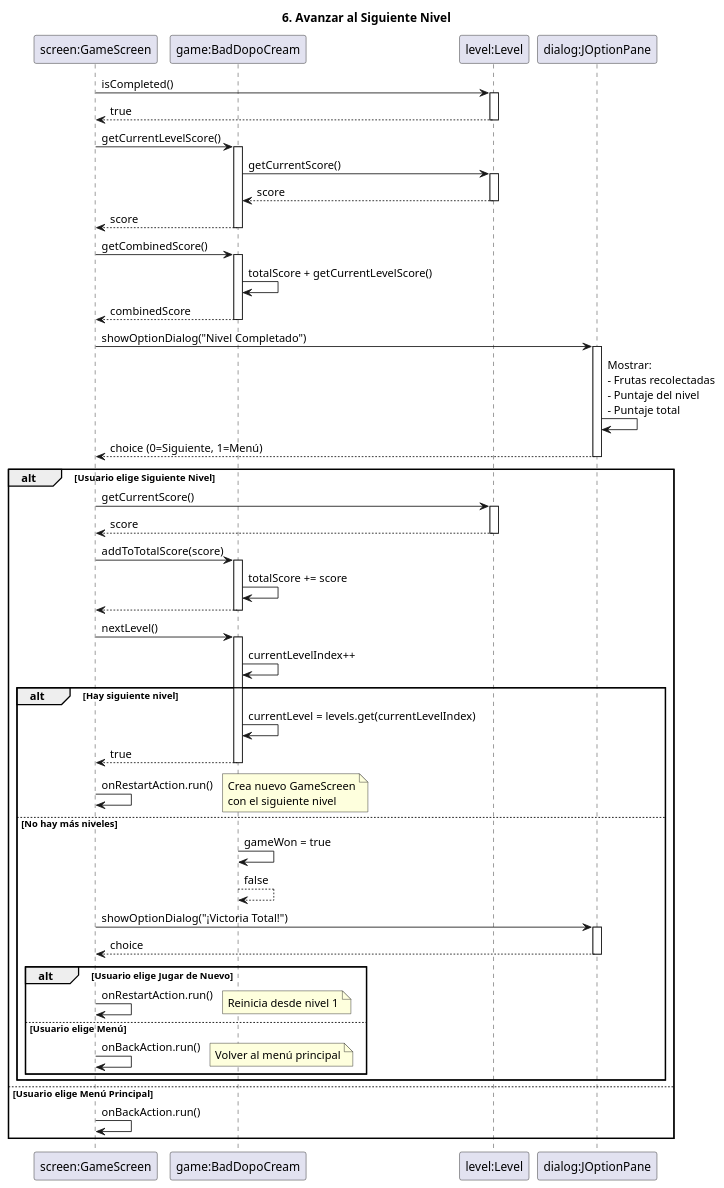
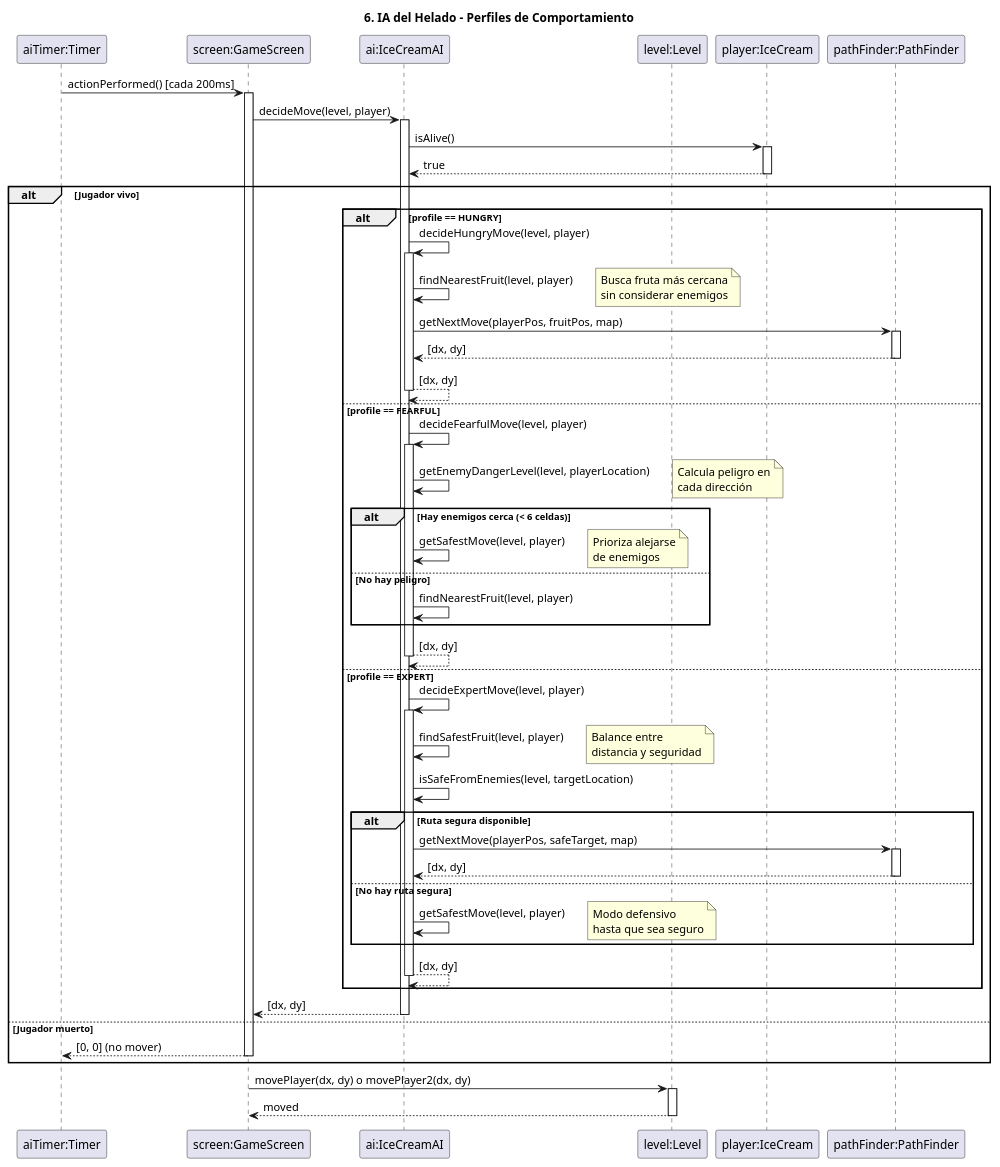
The seventh of 11 diagrams in docs/sequence-diagrams.puml (AnotherCreatorAnonymous/BadDopocream), drawn with PlantUML before and after one commit. The commit also changed other lines of this file and 146 other files, not shown here.

Commit message:
Proyecto Bad Dopo Cream completo - 4 modos de juego, IA de enemigos y jugadores, sistema de puntajes y highscores, 95 tests JUnit, diagramas PlantUML actualizados

```diff
--- a/docs/sequence-diagrams.puml
+++ b/docs/sequence-diagrams.puml
@@ -463,77 +604,86 @@
-@startuml 06_Avanzar_Siguiente_Nivel
+@startuml 06_IA_Helado
 
-title 6. Avanzar al Siguiente Nivel
+title 6. IA del Helado - Perfiles de Comportamiento
 
+participant "aiTimer:Timer" as Timer
 participant "screen:GameScreen" as Screen
-participant "game:BadDopoCream" as Game
+participant "ai:IceCreamAI" as AI
 participant "level:Level" as Level
-participant "dialog:JOptionPane" as Dialog
+participant "player:IceCream" as Player
+participant "pathFinder:PathFinder" as PathFinder
 
-Screen -> Level: isCompleted()
-activate Level
+Timer -> Screen: actionPerformed() [cada 200ms]
+activate Screen
+
+Screen -> AI: decideMove(level, player)
+activate AI
+
+AI -> Player: isAlive()
+activate Player
 return true
 
-Screen -> Game: getCurrentLevelScore()
-activate Game
-Game -> Level: getCurrentScore()
-activate Level
-return score
-return score
+alt Jugador vivo
 
-Screen -> Game: getCombinedScore()
-activate Game
-Game -> Game: totalScore + getCurrentLevelScore()
-return combinedScore
+    alt profile == HUNGRY
+        AI -> AI: decideHungryMove(level, player)
+        activate AI
+        
+        AI -> AI: findNearestFruit(level, player)
+        note right: Busca fruta más cercana\nsin considerar enemigos
+        
+        AI -> PathFinder: getNextMove(playerPos, fruitPos, map)
+        activate PathFinder
+        return [dx, dy]
+        
+        return [dx, dy]
+        
+    else profile == FEARFUL
+        AI -> AI: decideFearfulMove(level, player)
+        activate AI
+        
+        AI -> AI: getEnemyDangerLevel(level, playerLocation)
+        note right: Calcula peligro en\ncada dirección
+        
+        alt Hay enemigos cerca (< 6 celdas)
+            AI -> AI: getSafestMove(level, player)
+            note right: Prioriza alejarse\nde enemigos
+        else No hay peligro
+            AI -> AI: findNearestFruit(level, player)
+        end
+        
+        return [dx, dy]
+        
+    else profile == EXPERT
+        AI -> AI: decideExpertMove(level, player)
+        activate AI
+        
+        AI -> AI: findSafestFruit(level, player)
+        note right: Balance entre\ndistancia y seguridad
+        
+        AI -> AI: isSafeFromEnemies(level, targetLocation)
+        
+        alt Ruta segura disponible
+            AI -> PathFinder: getNextMove(playerPos, safeTarget, map)
+            activate PathFinder
+            return [dx, dy]
+        else No hay ruta segura
+            AI -> AI: getSafestMove(level, player)
+            note right: Modo defensivo\nhasta que sea seguro
+        end
+        
+        return [dx, dy]
+    end
+    
+    return [dx, dy]
 
-Screen -> Dialog: showOptionDialog("Nivel Completado")
-activate Dialog
-Dialog -> Dialog: Mostrar:\n- Frutas recolectadas\n- Puntaje del nivel\n- Puntaje total
-Dialog --> Screen: choice (0=Siguiente, 1=Menú)
-deactivate Dialog
-
-alt Usuario elige Siguiente Nivel
-
-    Screen -> Level: getCurrentScore()
-    activate Level
-    return score
-    
-    Screen -> Game: addToTotalScore(score)
-    activate Game
-    Game -> Game: totalScore += score
-    return
-    
-    Screen -> Game: nextLevel()
-    activate Game
-    
-    Game -> Game: currentLevelIndex++
-    
-    alt Hay siguiente nivel
-        Game -> Game: currentLevel = levels.get(currentLevelIndex)
-        return true
-        
-        Screen -> Screen: onRestartAction.run()
-        note right: Crea nuevo GameScreen\ncon el siguiente nivel
-        
-    else No hay más niveles
-        Game -> Game: gameWon = true
-        return false
-        
-        Screen -> Dialog: showOptionDialog("¡Victoria Total!")
-        activate Dialog
-        Dialog --> Screen: choice
-        deactivate Dialog
-        
-        alt Usuario elige Jugar de Nuevo
-            Screen -> Screen: onRestartAction.run()
-            note right: Reinicia desde nivel 1
-        else Usuario elige Menú
-            Screen -> Screen: onBackAction.run()
-            note right: Volver al menú principal
-        end
-    end
-
-else Usuario elige Menú Principal
-    Screen -> Screen: onBackAction.run()
+else Jugador muerto
+    return [0, 0] (no mover)
 end
 
+Screen -> Level: movePlayer(dx, dy) o movePlayer2(dx, dy)
+activate Level
+return moved
+
+deactivate Screen
+
 @enduml
```
